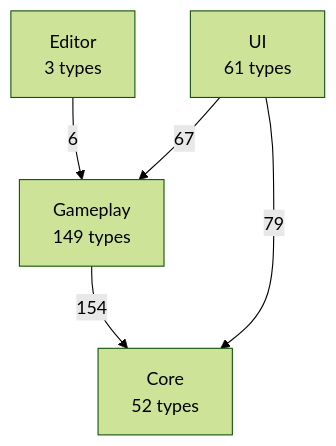
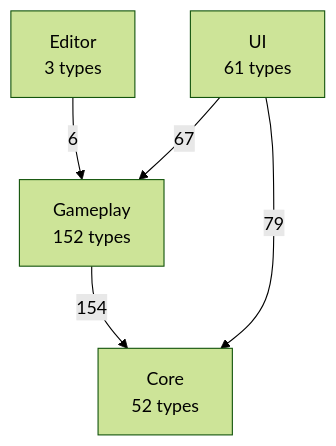
The first of 2 diagrams in docs/uml/00-overview.md (PhumipatWave/project-ocean), drawn with Mermaid (forest theme) before and after one commit. The commit also changed other lines of this file and 82 other files, not shown here.

````diff
--- a/docs/uml/00-overview.md
+++ b/docs/uml/00-overview.md
@@ -11,11 +11,11 @@
 ```mermaid
 flowchart TB
   Editor["Editor<br/>3 types"]
   UI["UI<br/>61 types"]
-  Gameplay["Gameplay<br/>149 types"]
+  Gameplay["Gameplay<br/>152 types"]
   Core["Core<br/>52 types"]
   Editor -->|6| Gameplay
   Gameplay -->|154| Core
   UI -->|79| Core
   UI -->|67| Gameplay
 ```
````
